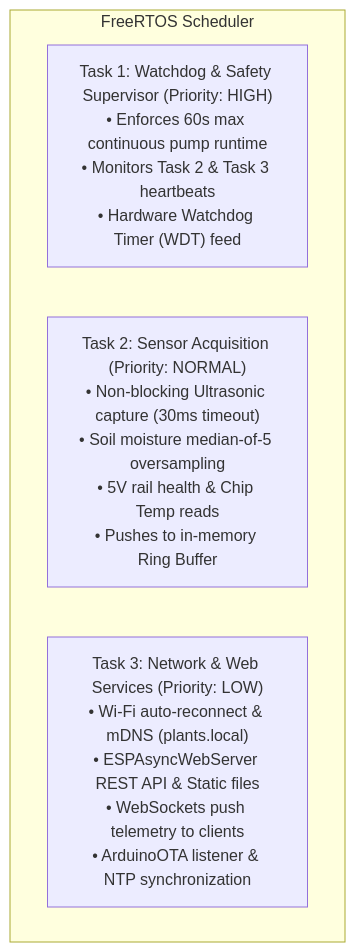
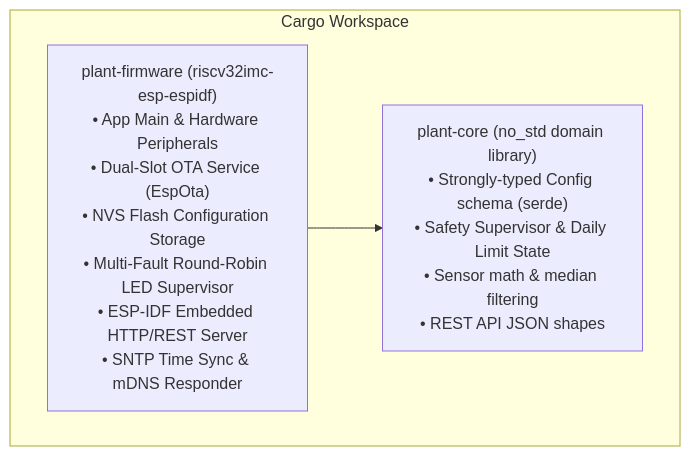
The first of 2 diagrams in PROJECT.md (thomaslr/plant-esp32), drawn with Mermaid before and after one commit. The commit also changed other lines of this file, not shown here.

Commit message:
docs: rewrite PROJECT.md to reflect Rust architecture, dual-slot OTA, and CI/CD

````diff
--- a/PROJECT.md
+++ b/PROJECT.md
@@ -123,8 +65,8 @@
 ```mermaid
 graph TD
-    subgraph FreeRTOS Scheduler
-        T1["Task 1: Watchdog & Safety Supervisor (Priority: HIGH)<br/>• Enforces 60s max continuous pump runtime<br/>• Monitors Task 2 & Task 3 heartbeats<br/>• Hardware Watchdog Timer (WDT) feed"]
-        T2["Task 2: Sensor Acquisition (Priority: NORMAL)<br/>• Non-blocking Ultrasonic capture (30ms timeout)<br/>• Soil moisture median-of-5 oversampling<br/>• 5V rail health & Chip Temp reads<br/>• Pushes to in-memory Ring Buffer"]
-        T3["Task 3: Network & Web Services (Priority: LOW)<br/>• Wi-Fi auto-reconnect & mDNS (plants.local)<br/>• ESPAsyncWebServer REST API & Static files<br/>• WebSockets push telemetry to clients<br/>• ArduinoOTA listener & NTP synchronization"]
+    subgraph Cargo Workspace
+        Core["plant-core (no_std domain library)<br/>• Strongly-typed Config schema (serde)<br/>• Safety Supervisor & Daily Limit State<br/>• Sensor math & median filtering<br/>• REST API JSON shapes"]
+        Firmware["plant-firmware (riscv32imc-esp-espidf)<br/>• App Main & Hardware Peripherals<br/>• Dual-Slot OTA Service (EspOta)<br/>• NVS Flash Configuration Storage<br/>• Multi-Fault Round-Robin LED Supervisor<br/>• ESP-IDF Embedded HTTP/REST Server<br/>• SNTP Time Sync & mDNS Responder"]
     end
+    Firmware --> Core
 ```
````
